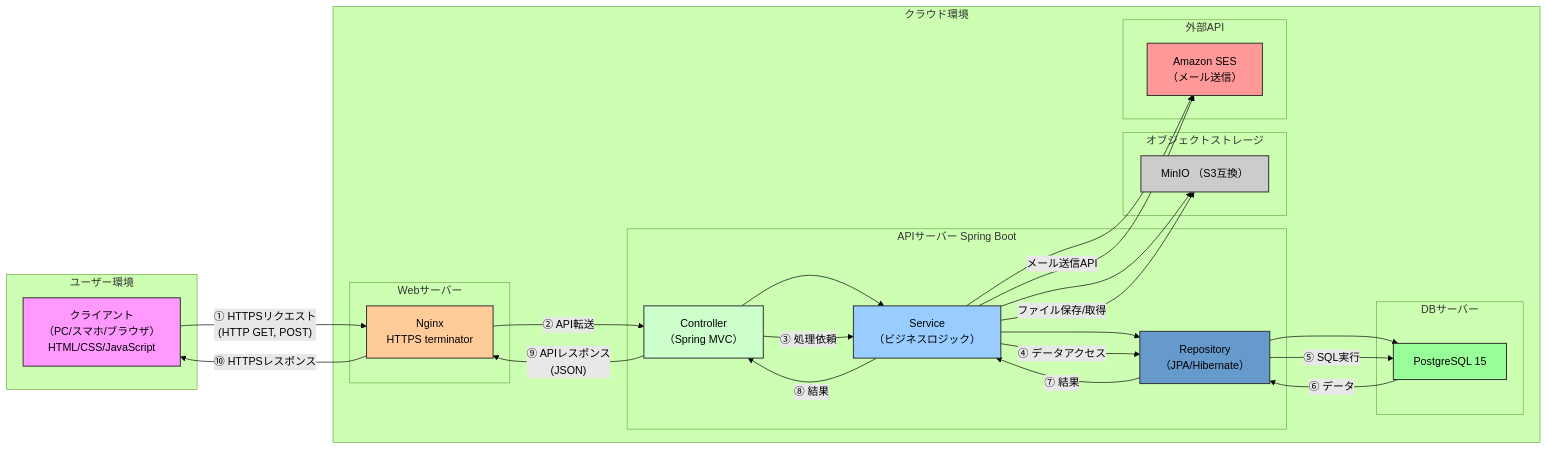
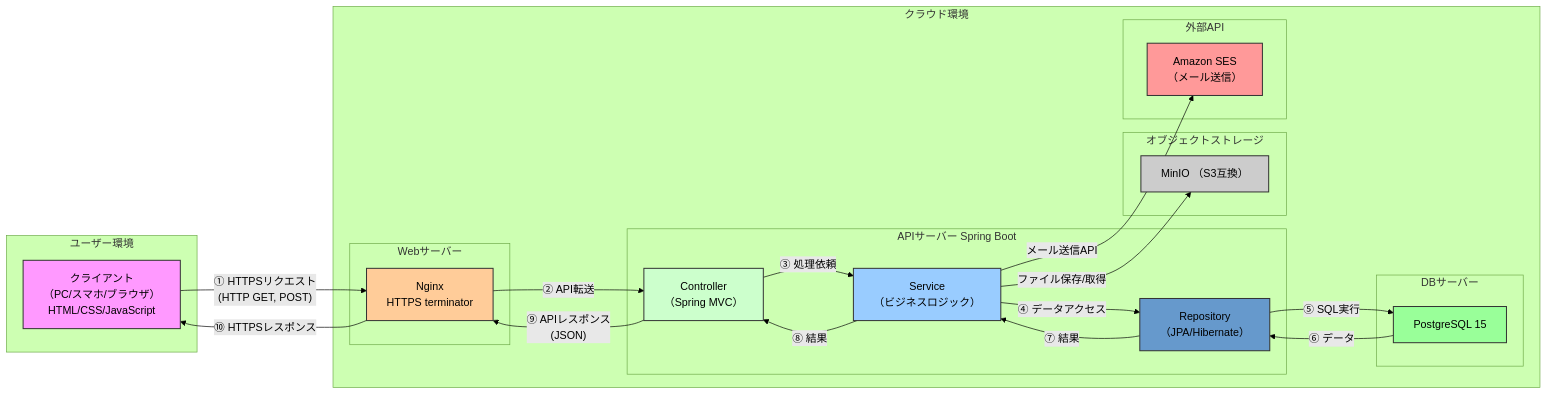
One commit to shogomaeda758/Bacon changed the diagram in 詳細設計/2.md. Above: the diagram before and after it, drawn with Mermaid (forest theme).

Commit message:
システム概要修正

```diff
--- a/詳細設計/2.md
+++ b/詳細設計/2.md
@@ -7,68 +7,64 @@
 <div class="mermaid">
 graph LR
     subgraph ユーザー環境
         A[クライアント<br>（PC/スマホ/ブラウザ）<br>HTML/CSS/JavaScript]
     end
 
 
     subgraph クラウド環境
         subgraph Webサーバー
             B[Nginx<br>HTTPS terminator]
         end
 
 
         subgraph APIサーバー Spring Boot
-            C[Controller<br>（Spring MVC）] --> D[Service<br>（ビジネスロジック）]
-            D --> E[Repository<br>（JPA/Hibernate）]
+        　　C[Controller<br>（Spring MVC）] 
+            D[Service<br>（ビジネスロジック）]
+            E[Repository<br>（JPA/Hibernate）]
         end
 
 
         subgraph DBサーバー
             F[PostgreSQL 15]
         end
 
 
         subgraph オブジェクトストレージ
             G[MinIO （S3互換）]
         end
 
 
         subgraph 外部API
             H[Amazon SES<br>（メール送信）]
         end
-
-
-        E --> F
-        D --> G
-        D --> H
     end
 
 
     %% 通信フロー
     A -- ① HTTPSリクエスト<br>(HTTP GET, POST) --> B
     B -- ② API転送 --> C
     C -- ③ 処理依頼 --> D
     D -- ④ データアクセス --> E
     E -- ⑤ SQL実行 --> F
     F -- ⑥ データ --> E
     E -- ⑦ 結果 --> D
     D -- ⑧ 結果 --> C
     C -- ⑨ APIレスポンス<br>(JSON) --> B
     B -- ⑩ HTTPSレスポンス --> A
 
 
     %% さらにストレージや外部API呼び出し
     D -- ファイル保存/取得 --> G
     D -- メール送信API --> H
 
 
     %% スタイル
    style A fill:#f9f,stroke:#333,stroke-width:1.5px
     style B fill:#ffcc99,stroke:#333,stroke-width:1.5px
     style C fill:#ccffcc,stroke:#333,stroke-width:1.5px
     style D fill:#99ccff,stroke:#333,stroke-width:1.5px
     style E fill:#6699cc,stroke:#333,stroke-width:1.5px
     style F fill:#99ff99,stroke:#333,stroke-width:1.5px
     style G fill:#cccccc,stroke:#333,stroke-width:1.5px
     style H fill:#ff9999,stroke:#333,stroke-width:1.5px
 </div>
```
